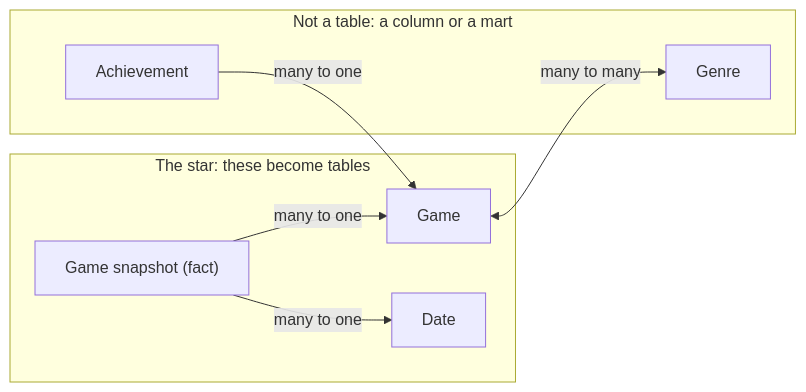
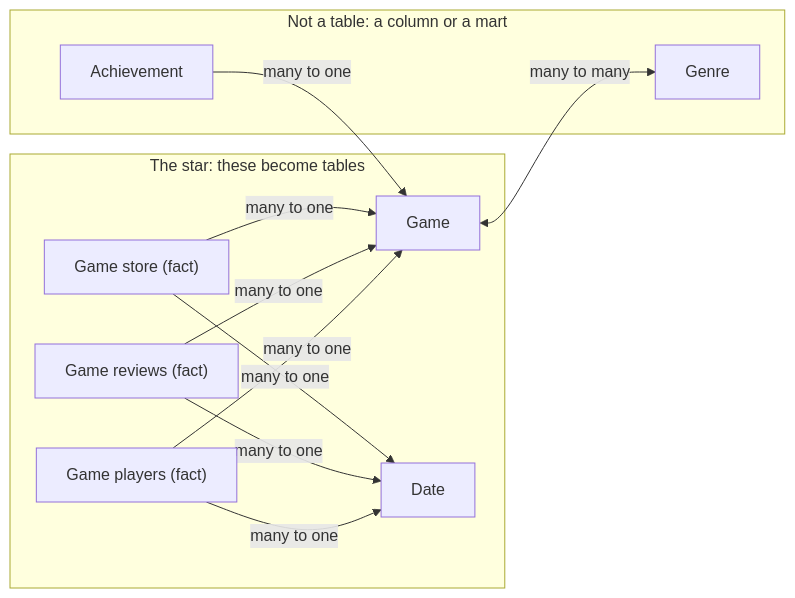
One commit to Akina-Aoki/steam_data_platform_aira changed the diagram in docs/13_conceptual_model.md. Above: the diagram before and after it, drawn with Mermaid. The commit also changed other lines of this file and 9 other files, not shown here.

````diff
--- a/docs/13_conceptual_model.md
+++ b/docs/13_conceptual_model.md
@@ -93,16 +105,22 @@
 ```mermaid
 flowchart LR
     subgraph STAR["The star: these become tables"]
-        S["Game snapshot (fact)"]
+        FS["Game store (fact)"]
+        FR["Game reviews (fact)"]
+        FP["Game players (fact)"]
         G["Game"]
         D["Date"]
     end
     subgraph OUT["Not a table: a column or a mart"]
         GE["Genre"]
         A["Achievement"]
     end
-    S -->|many to one| G
-    S -->|many to one| D
+    FS -->|many to one| G
+    FR -->|many to one| G
+    FP -->|many to one| G
+    FS -->|many to one| D
+    FR -->|many to one| D
+    FP -->|many to one| D
     G <-->|many to many| GE
     A -->|many to one| G
 ```
````
